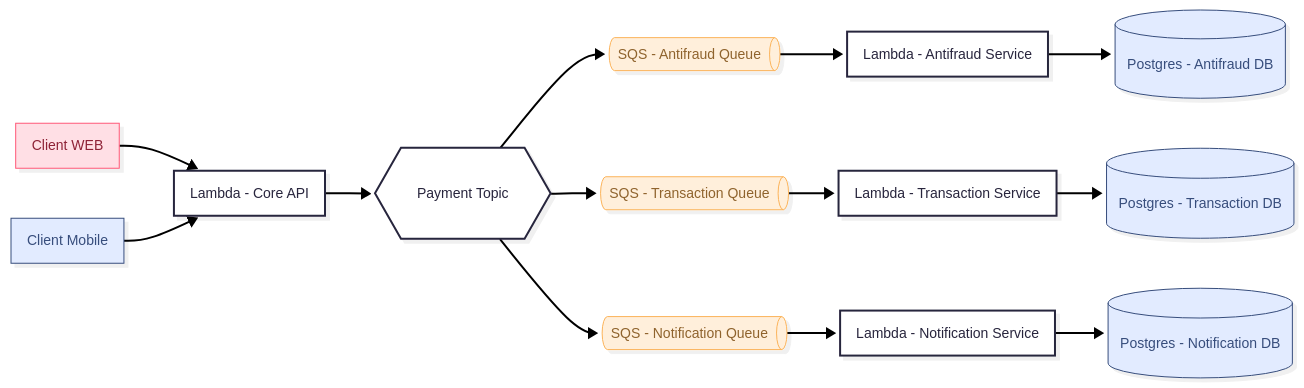
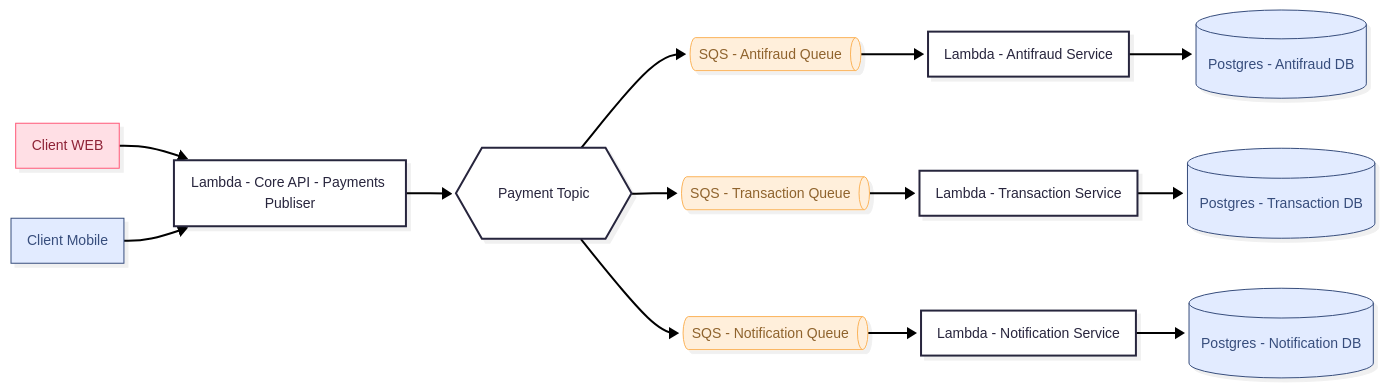
The third of 3 diagrams in README.md (dasilvaoscar/concurrency-simulator), drawn with Mermaid before and after one commit. The commit also changed other lines of this file, not shown here.

````diff
--- a/README.md
+++ b/README.md
@@ -33,44 +66,44 @@
 ```mermaid
 ---
 config:
   theme: redux
   layout: dagre
   look: neo
 ---
 flowchart LR
-    n1["Lambda - Core API"] --> n3["Payment Topic"]
+    n1["Lambda - Core API - Payments Publiser"] --> n3["Payment Topic"]
     n3 --> n4["SQS - Antifraud Queue"] & n6["SQS - Transaction Queue"] & n15["SQS - Notification Queue"]
     n4 --> n5["Lambda - Antifraud Service"]
     n6 --> n7["Lambda - Transaction Service"]
     n14["Client WEB"] --> n1
     n15 --> n16["Lambda - Notification Service"]
     n5 --> n18["Postgres - Antifraud DB"]
     n7 --> n19["Postgres - Transaction DB"]
     n16 --> n20["Postgres - Notification DB"]
     n21["Client Mobile"] --> n1
 
     n1@{ shape: rect}
     n3@{ shape: hex}
     n4@{ shape: h-cyl}
     n6@{ shape: h-cyl}
     n15@{ shape: h-cyl}
     n5@{ shape: rect}
     n7@{ shape: rect}
     n14@{ shape: rect}
     n16@{ shape: rect}
     n18@{ shape: cyl}
     n19@{ shape: cyl}
     n20@{ shape: cyl}
     n21@{ shape: rect}
      n4:::Peach
      n6:::Peach
      n15:::Peach
      n14:::Rose
      n18:::Sky
      n19:::Sky
      n20:::Sky
      n21:::Sky
     classDef Rose stroke-width:1px, stroke-dasharray:none, stroke:#FF5978, fill:#FFDFE5, color:#8E2236
     classDef Peach stroke-width:1px, stroke-dasharray:none, stroke:#FBB35A, fill:#FFEFDB, color:#8F632D
     classDef Sky stroke-width:1px, stroke-dasharray:none, stroke:#374D7C, fill:#E2EBFF, color:#374D7C
 ```
````
